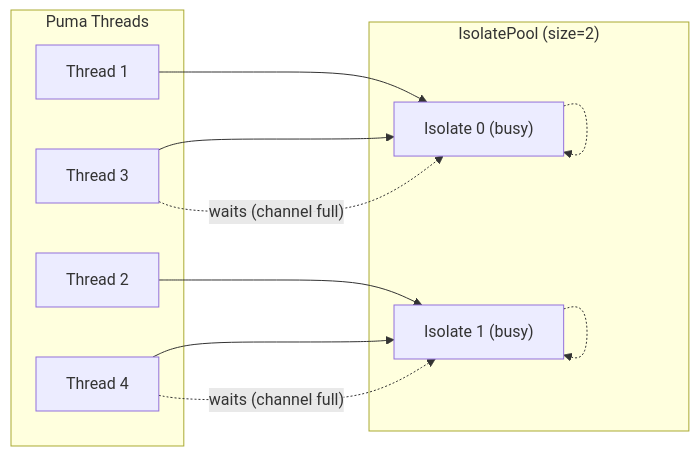
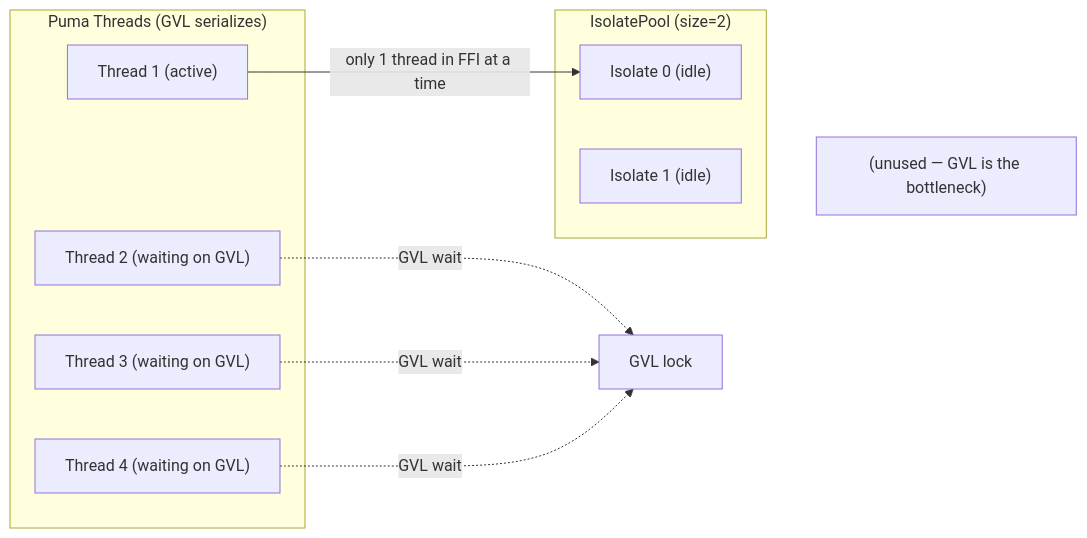
One commit to mdesantis/ssr-deno changed the third of 4 diagrams in plans/memory-performance-analysis.md. Above: the diagram before and after it, drawn with Mermaid. The commit also changed other lines of this file and 6 other files, not shown here.

````diff
--- a/plans/memory-performance-analysis.md
+++ b/plans/memory-performance-analysis.md
@@ -186,21 +190,18 @@
 ```mermaid
 flowchart LR
-    subgraph "Puma Threads"
-        T1["Thread 1"]
-        T2["Thread 2"]
-        T3["Thread 3"]
-        T4["Thread 4"]
+    subgraph "Puma Threads (GVL serializes)"
+        T1["Thread 1 (active)"]
+        T2["Thread 2 (waiting on GVL)"]
+        T3["Thread 3 (waiting on GVL)"]
+        T4["Thread 4 (waiting on GVL)"]
     end
     subgraph "IsolatePool (size=2)"
-        I0["Isolate 0 (busy)"]
-        I1["Isolate 1 (busy)"]
+        I0["Isolate 0 (idle)"]
+        I1["Isolate 1 (idle)"]
     end
-    T1 --> I0
-    T2 --> I1
-    T3 --> I0
-    T4 --> I1
-    I0 -.-> I0
-    I1 -.-> I1
-    T3 -.->|"waits (channel full)"| I0
-    T4 -.->|"waits (channel full)"| I1
+    T1 -->|"only 1 thread in FFI at a time"| I0
+    I1 ~~~ N1["(unused — GVL is the bottleneck)"]
+    T2 -.->|"GVL wait"| GVL["GVL lock"]
+    T3 -.->|"GVL wait"| GVL
+    T4 -.->|"GVL wait"| GVL
 ```
````
